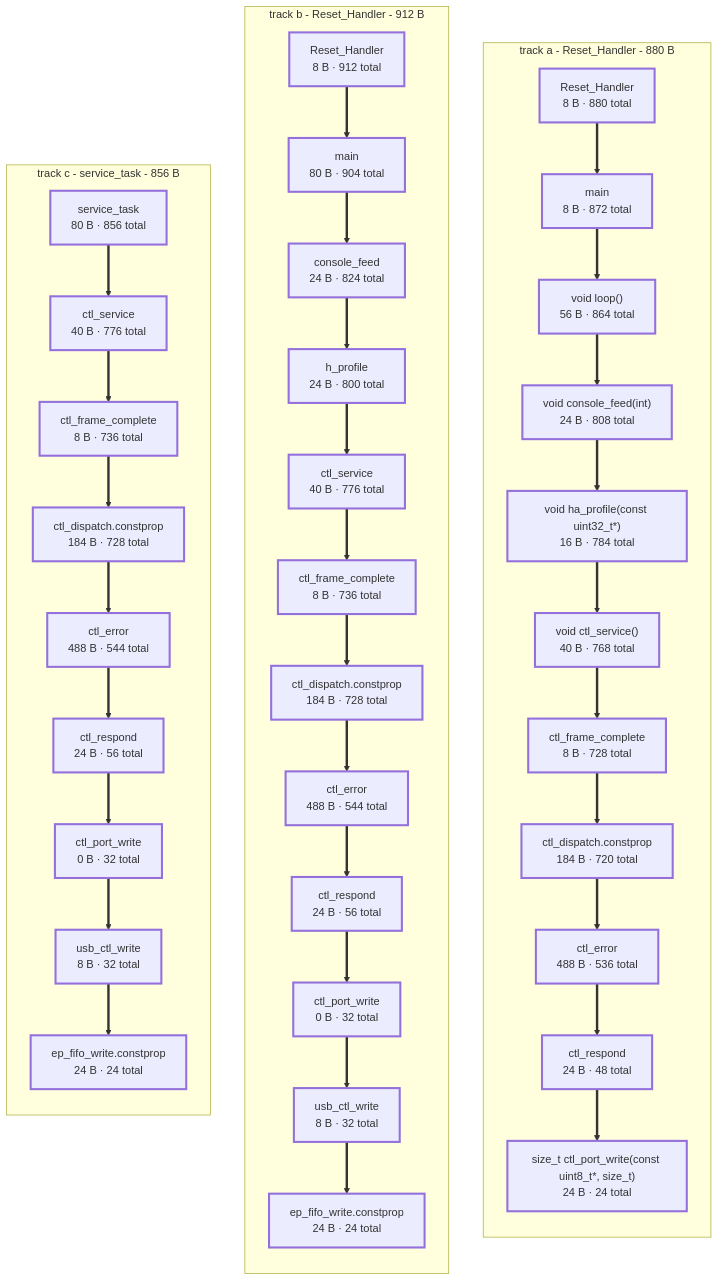
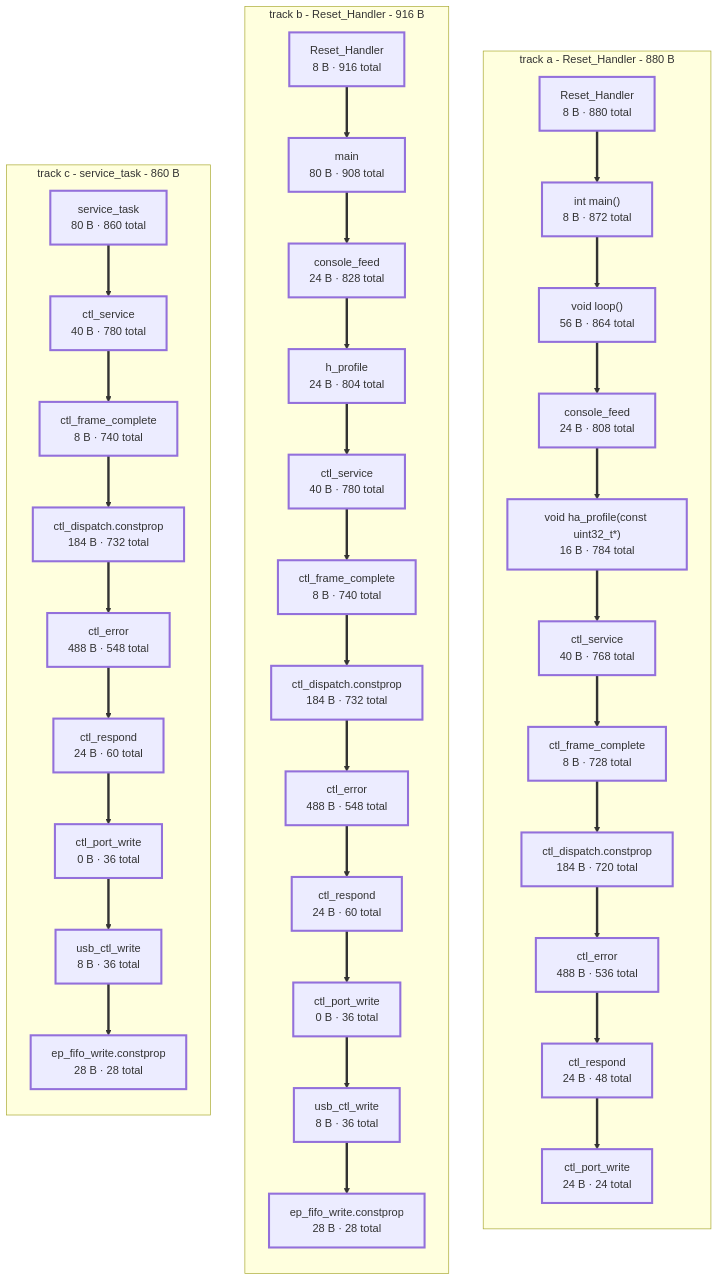
Before and after one commit to jerryrt/due_oscilloscope: the diagram in docs/stack-depth.md, drawn with Mermaid. The commit also changed other lines of this file and 1 other file, not shown here.

First line of the commit message:
doc: re-take this bench's stack rows under the fixed handler lookup

```diff
--- a/docs/stack-depth.md
+++ b/docs/stack-depth.md
@@ -500,16 +508,16 @@
   subgraph sg_a["track a - Reset_Handler - 880 B"]
   direction TB
     a0["Reset_Handler<br/>8 B · 880 total"]
-    a1["main<br/>8 B · 872 total"]
+    a1["int main()<br/>8 B · 872 total"]
     a2["void loop()<br/>56 B · 864 total"]
-    a3["void console_feed(int)<br/>24 B · 808 total"]
+    a3["console_feed<br/>24 B · 808 total"]
     a4["void ha_profile(const uint32_t*)<br/>16 B · 784 total"]
-    a5["void ctl_service()<br/>40 B · 768 total"]
+    a5["ctl_service<br/>40 B · 768 total"]
     a6["ctl_frame_complete<br/>8 B · 728 total"]
     a7["ctl_dispatch.constprop<br/>184 B · 720 total"]
     a8["ctl_error<br/>488 B · 536 total"]
     a9["ctl_respond<br/>24 B · 48 total"]
-    a10["size_t ctl_port_write(const uint8_t*, size_t)<br/>24 B · 24 total"]
+    a10["ctl_port_write<br/>24 B · 24 total"]
     a0 ==> a1
     a1 ==> a2
     a2 ==> a3
@@ -521,20 +529,20 @@
     a8 ==> a9
     a9 ==> a10
   end
-  subgraph sg_b["track b - Reset_Handler - 912 B"]
+  subgraph sg_b["track b - Reset_Handler - 916 B"]
   direction TB
-    b0["Reset_Handler<br/>8 B · 912 total"]
-    b1["main<br/>80 B · 904 total"]
-    b2["console_feed<br/>24 B · 824 total"]
-    b3["h_profile<br/>24 B · 800 total"]
-    b4["ctl_service<br/>40 B · 776 total"]
-    b5["ctl_frame_complete<br/>8 B · 736 total"]
-    b6["ctl_dispatch.constprop<br/>184 B · 728 total"]
-    b7["ctl_error<br/>488 B · 544 total"]
-    b8["ctl_respond<br/>24 B · 56 total"]
-    b9["ctl_port_write<br/>0 B · 32 total"]
-    b10["usb_ctl_write<br/>8 B · 32 total"]
-    b11["ep_fifo_write.constprop<br/>24 B · 24 total"]
+    b0["Reset_Handler<br/>8 B · 916 total"]
+    b1["main<br/>80 B · 908 total"]
+    b2["console_feed<br/>24 B · 828 total"]
+    b3["h_profile<br/>24 B · 804 total"]
+    b4["ctl_service<br/>40 B · 780 total"]
+    b5["ctl_frame_complete<br/>8 B · 740 total"]
+    b6["ctl_dispatch.constprop<br/>184 B · 732 total"]
+    b7["ctl_error<br/>488 B · 548 total"]
+    b8["ctl_respond<br/>24 B · 60 total"]
+    b9["ctl_port_write<br/>0 B · 36 total"]
+    b10["usb_ctl_write<br/>8 B · 36 total"]
+    b11["ep_fifo_write.constprop<br/>28 B · 28 total"]
     b0 ==> b1
     b1 ==> b2
     b2 ==> b3
@@ -547,17 +555,17 @@
     b9 ==> b10
     b10 ==> b11
   end
-  subgraph sg_c["track c - service_task - 856 B"]
+  subgraph sg_c["track c - service_task - 860 B"]
   direction TB
-    c0["service_task<br/>80 B · 856 total"]
-    c1["ctl_service<br/>40 B · 776 total"]
-    c2["ctl_frame_complete<br/>8 B · 736 total"]
-    c3["ctl_dispatch.constprop<br/>184 B · 728 total"]
-    c4["ctl_error<br/>488 B · 544 total"]
-    c5["ctl_respond<br/>24 B · 56 total"]
-    c6["ctl_port_write<br/>0 B · 32 total"]
-    c7["usb_ctl_write<br/>8 B · 32 total"]
-    c8["ep_fifo_write.constprop<br/>24 B · 24 total"]
+    c0["service_task<br/>80 B · 860 total"]
+    c1["ctl_service<br/>40 B · 780 total"]
+    c2["ctl_frame_complete<br/>8 B · 740 total"]
+    c3["ctl_dispatch.constprop<br/>184 B · 732 total"]
+    c4["ctl_error<br/>488 B · 548 total"]
+    c5["ctl_respond<br/>24 B · 60 total"]
+    c6["ctl_port_write<br/>0 B · 36 total"]
+    c7["usb_ctl_write<br/>8 B · 36 total"]
+    c8["ep_fifo_write.constprop<br/>28 B · 28 total"]
     c0 ==> c1
     c1 ==> c2
     c2 ==> c3
```
